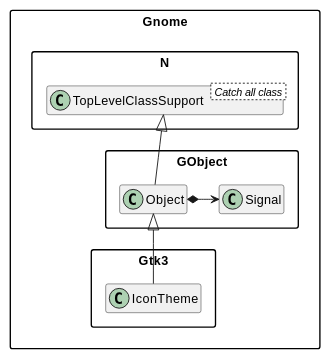
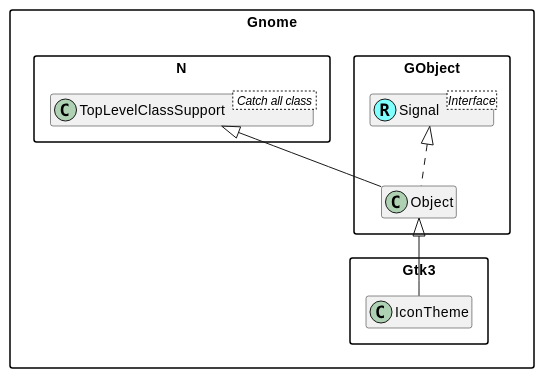
Before and after one commit to MARTIMM/gnome-gtk3: the diagram in doc/plantuml/IconTheme.md, drawn with PlantUML. The commit also changed 29 other files, not shown here.

Commit message:
changed uml diagrams

````diff
--- a/doc/plantuml/IconTheme.md
+++ b/doc/plantuml/IconTheme.md
@@ -1,17 +1,21 @@
 ```plantuml
 @startuml
-scale 0.9
+'scale 0.9
 skinparam packageStyle rectangle
 skinparam stereotypeCBackgroundColor #80ffff
 set namespaceSeparator ::
 hide members
 
 'class Gnome::Gtk3::Buildable <<(R,#80ffff)>>
 
+Interface Gnome::GObject::Signal <Interface>
+class Gnome::GObject::Signal <<(R,#80ffff)>>
+
 class Gnome::N::TopLevelClassSupport < Catch all class >
 Gnome::N::TopLevelClassSupport <|-- Gnome::GObject::Object
 
 Gnome::GObject::Object <|-- Gnome::Gtk3::IconTheme
-Gnome::GObject::Object *-> Gnome::GObject::Signal
+'Gnome::GObject::Object *-> Gnome::GObject::Signal
+Gnome::GObject::Signal <|.. Gnome::GObject::Object
 @enduml
 ```
````
